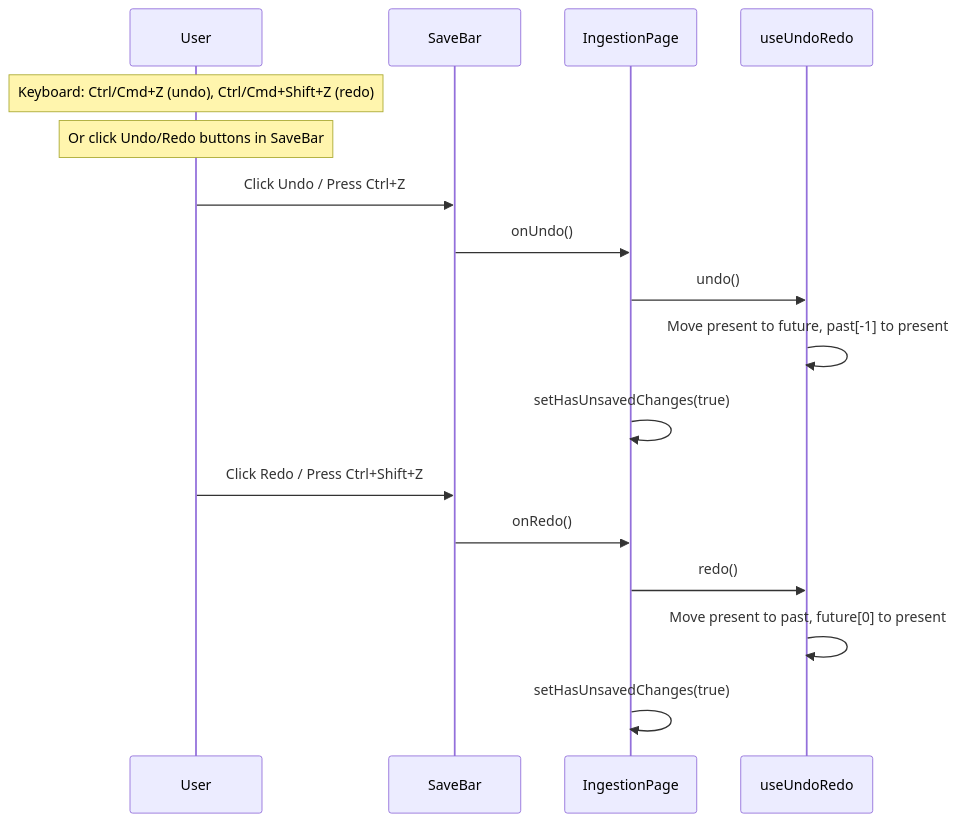
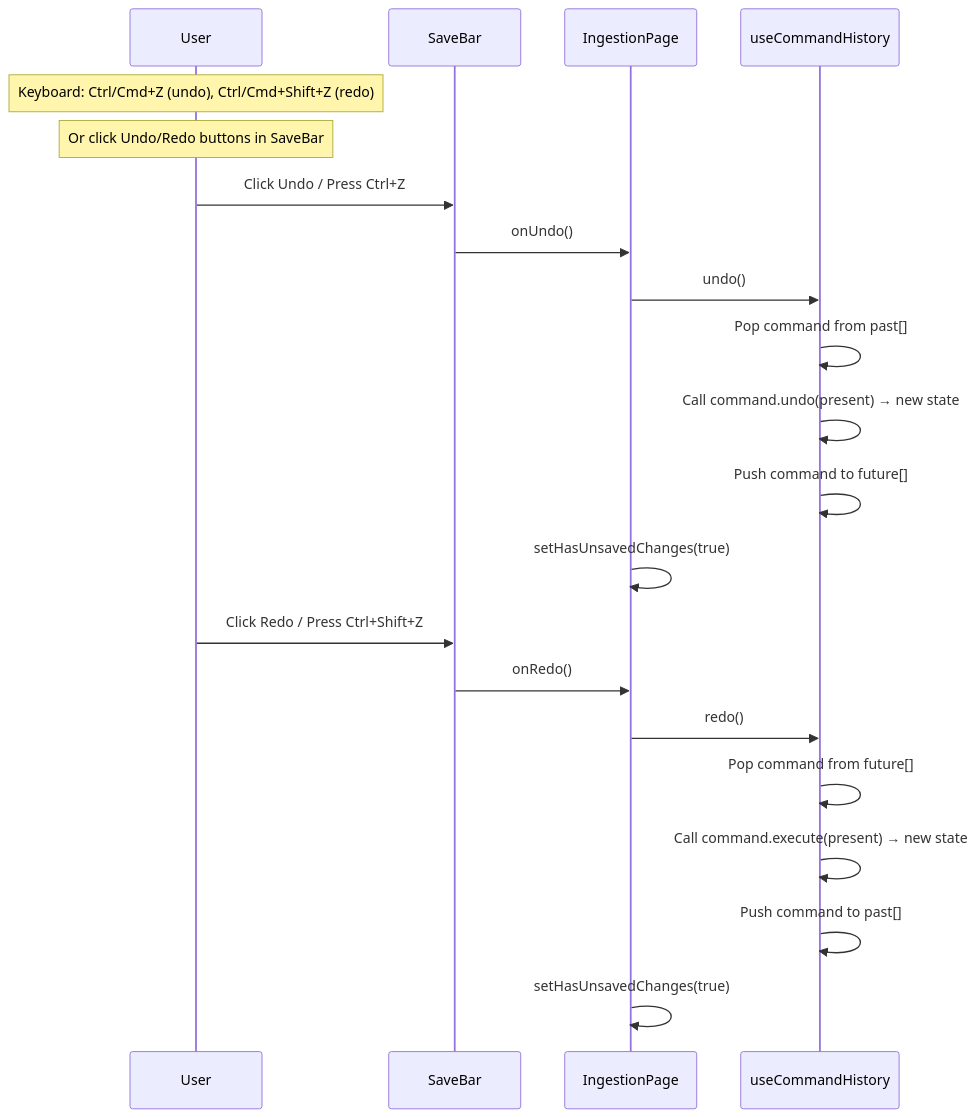
Before and after one commit to nabilbenjemia/atoss-chatbot: the seventh of 8 diagrams in doc/FEATURE_INGESTION_PAGE.md, drawn with Mermaid. The commit also changed other lines of this file and 3 other files, not shown here.

Commit message:
feat: replace useUndoRedo with useCommandHistory for efficient command-based undo/redo functionality; update IngestionPage to utilize new commands

````diff
--- a/doc/FEATURE_INGESTION_PAGE.md
+++ b/doc/FEATURE_INGESTION_PAGE.md
@@ -253,22 +263,26 @@
 ```mermaid
 sequenceDiagram
     participant User
     participant SaveBar
     participant IngestionPage
-    participant useUndoRedo
+    participant useCommandHistory
 
     Note over User: Keyboard: Ctrl/Cmd+Z (undo), Ctrl/Cmd+Shift+Z (redo)
     Note over User: Or click Undo/Redo buttons in SaveBar
 
     User->>SaveBar: Click Undo / Press Ctrl+Z
     SaveBar->>IngestionPage: onUndo()
-    IngestionPage->>useUndoRedo: undo()
-    useUndoRedo->>useUndoRedo: Move present to future, past[-1] to present
+    IngestionPage->>useCommandHistory: undo()
+    useCommandHistory->>useCommandHistory: Pop command from past[]
+    useCommandHistory->>useCommandHistory: Call command.undo(present) → new state
+    useCommandHistory->>useCommandHistory: Push command to future[]
     IngestionPage->>IngestionPage: setHasUnsavedChanges(true)
     
     User->>SaveBar: Click Redo / Press Ctrl+Shift+Z
     SaveBar->>IngestionPage: onRedo()
-    IngestionPage->>useUndoRedo: redo()
-    useUndoRedo->>useUndoRedo: Move present to past, future[0] to present
+    IngestionPage->>useCommandHistory: redo()
+    useCommandHistory->>useCommandHistory: Pop command from future[]
+    useCommandHistory->>useCommandHistory: Call command.execute(present) → new state
+    useCommandHistory->>useCommandHistory: Push command to past[]
     IngestionPage->>IngestionPage: setHasUnsavedChanges(true)
 ```
````
